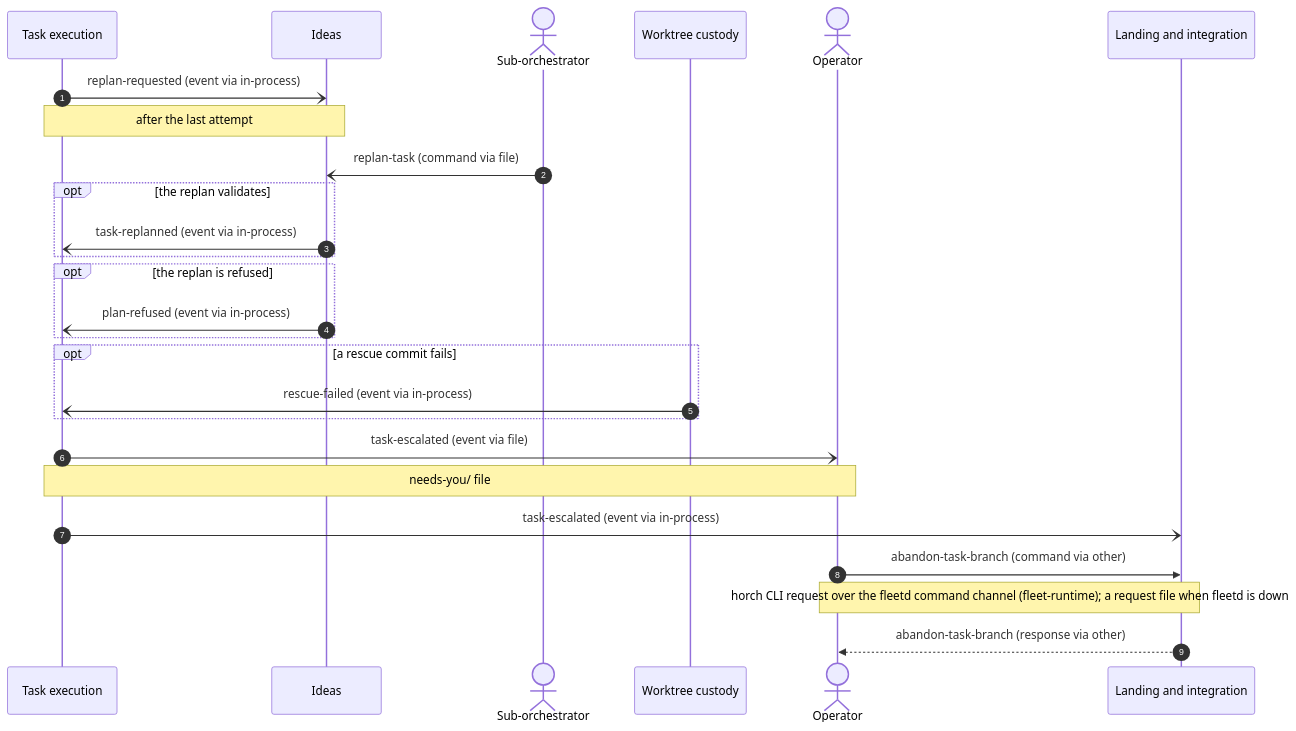
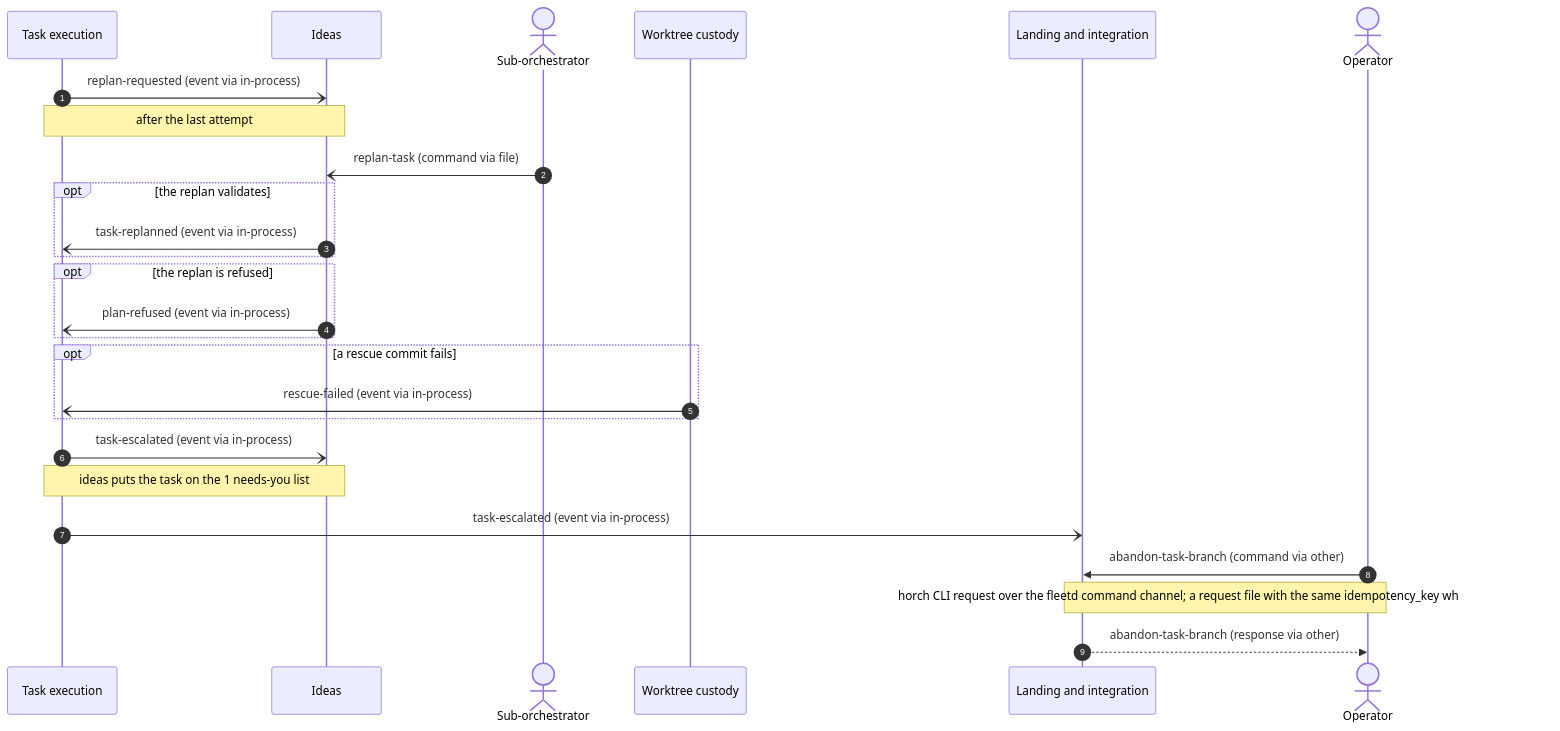
The sixth of 9 diagrams in ddd/05-connect/message-flows.md (MattMakes/multi-herdr), drawn with Mermaid before and after one commit. The commit also changed other lines of this file and 30 other files, not shown here.

````diff
--- a/ddd/05-connect/message-flows.md
+++ b/ddd/05-connect/message-flows.md
@@ -259,28 +243,28 @@
 ```mermaid
 sequenceDiagram
   autonumber
   participant task_execution as Task execution
   participant ideas as Ideas
   actor sub_orchestrator as Sub-orchestrator
   participant worktree_custody as Worktree custody
+  participant integration as Landing and integration
   actor operator as Operator
-  participant integration as Landing and integration
   task_execution-)ideas: replan-requested (event via in-process)
   Note over task_execution,ideas: after the last attempt
   sub_orchestrator-)ideas: replan-task (command via file)
   opt the replan validates
     ideas-)task_execution: task-replanned (event via in-process)
   end
   opt the replan is refused
     ideas-)task_execution: plan-refused (event via in-process)
   end
   opt a rescue commit fails
     worktree_custody-)task_execution: rescue-failed (event via in-process)
   end
-  task_execution-)operator: task-escalated (event via file)
-  Note over task_execution,operator: needs-you/ file
+  task_execution-)ideas: task-escalated (event via in-process)
+  Note over task_execution,ideas: ideas puts the task on the 1 needs-you list
   task_execution-)integration: task-escalated (event via in-process)
   operator->>integration: abandon-task-branch (command via other)
-  Note over operator,integration: horch CLI request over the fleetd command channel (fleet-runtime)#59; a request file when fleetd is down
+  Note over operator,integration: horch CLI request over the fleetd command channel#59; a request file with the same idempotency_key when fleetd is down
   integration-->>operator: abandon-task-branch (response via other)
 ```
````
